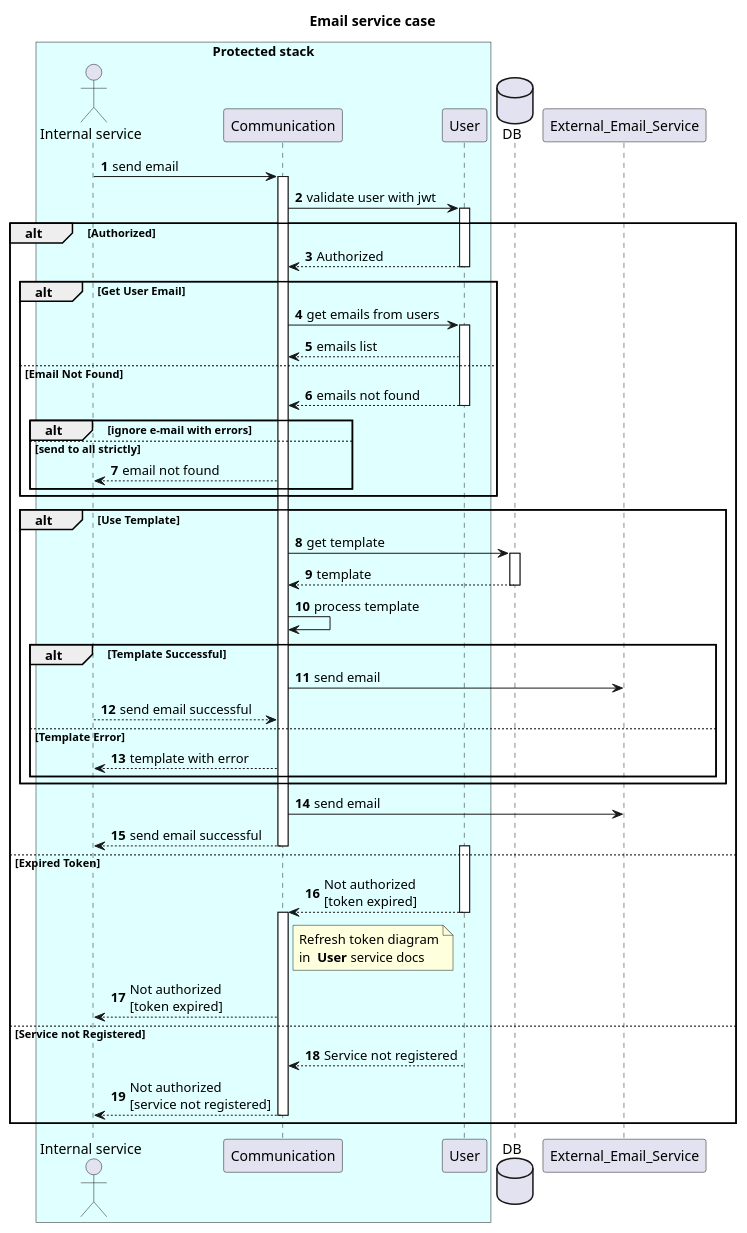
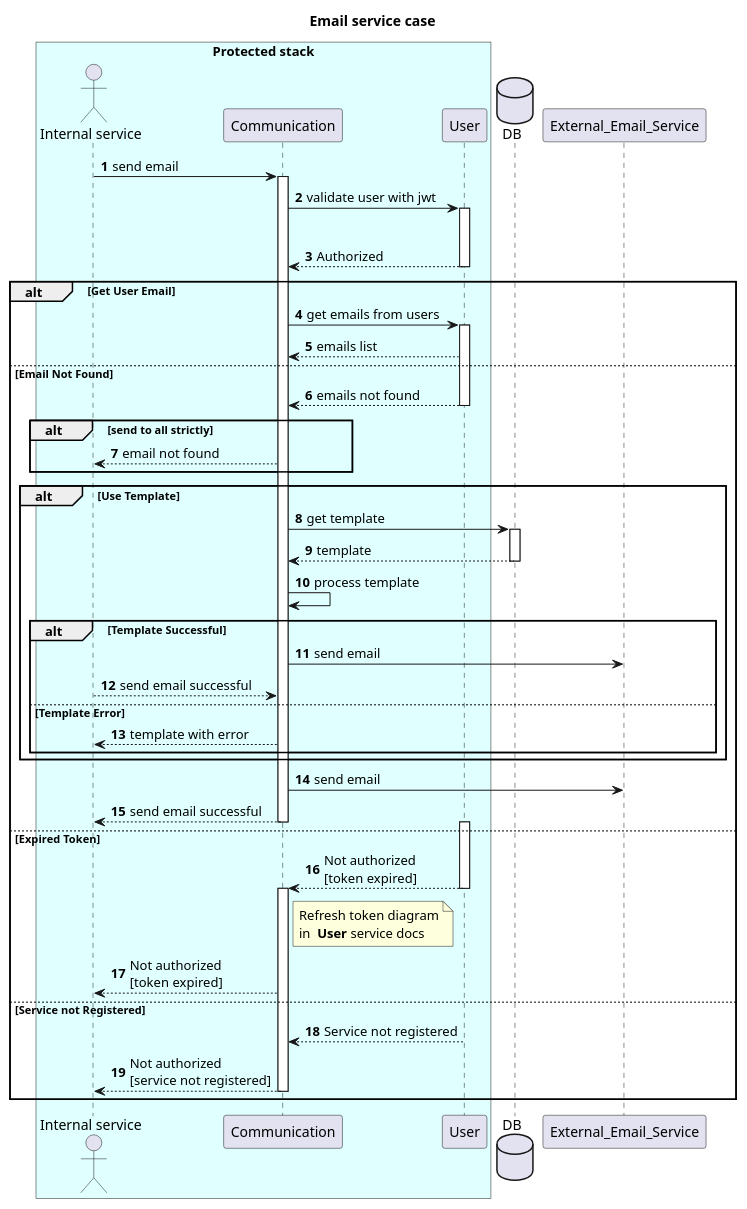
One commit to orion-services/talk-old changed the diagram in docs/create-email.wsd. Above: the diagram before and after it, drawn with PlantUML.

Commit message:
#6 remove else send to all strictly and adjuste the alt send to all

```diff
--- a/docs/create-email.wsd
+++ b/docs/create-email.wsd
@@ -1,65 +1,64 @@
 @startuml
 autonumber
 title "Email service case"
 
 box "Protected stack" #LightCyan
 
 actor "Internal service" as client
 participant Communication
 participant User
 end box
 database DB
 participant External_Email_Service
 
 
 client -> Communication: send email
 activate Communication
 Communication -> User: validate user with jwt
 activate User
 alt Authorized
   User --> Communication: Authorized
   deactivate User
   alt Get User Email
     Communication -> User: get emails from users
     activate User
     User --> Communication: emails list
   else Email Not Found
     User --> Communication: emails not found
-    alt ignore e-mail with errors
+    alt send to all strictly
       deactivate User
-    else send to all strictly
+
       Communication --> client: email not found
-    end
   end
   alt Use Template
        Communication -> DB : get template
       activate DB
       DB --> Communication : template 
       deactivate DB
       Communication -> Communication : process template
     alt Template Successful
       Communication -> External_Email_Service : send email
       Communication <-- client : send email successful
     else Template Error
       Communication --> client : template with error
     end
   end
   Communication -> External_Email_Service : send email
   Communication --> client : send email successful
   deactivate Communication
 else Expired Token
   activate User
   User --> Communication : Not authorized \n[token expired]
   deactivate User
   activate Communication
   note right of Communication
     Refresh token diagram
     in  **User** service docs
   end note
   Communication --> client : Not authorized \n[token expired]
 else Service not Registered
   User --> Communication : Service not registered
   Communication --> client : Not authorized \n[service not registered]
   deactivate Communication
 end
 @enduml
```
